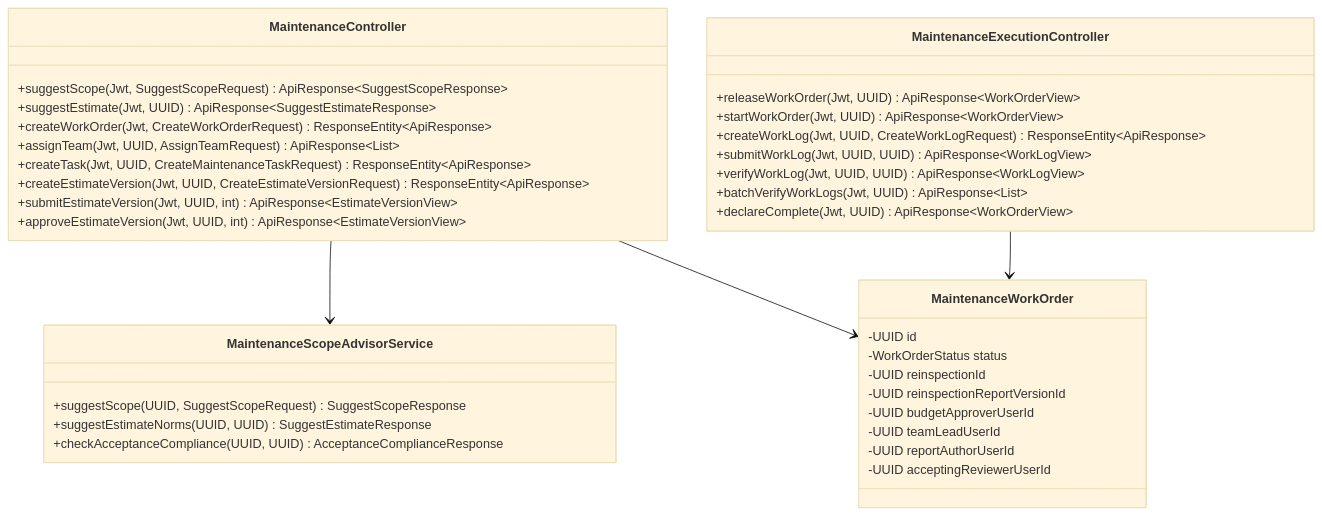
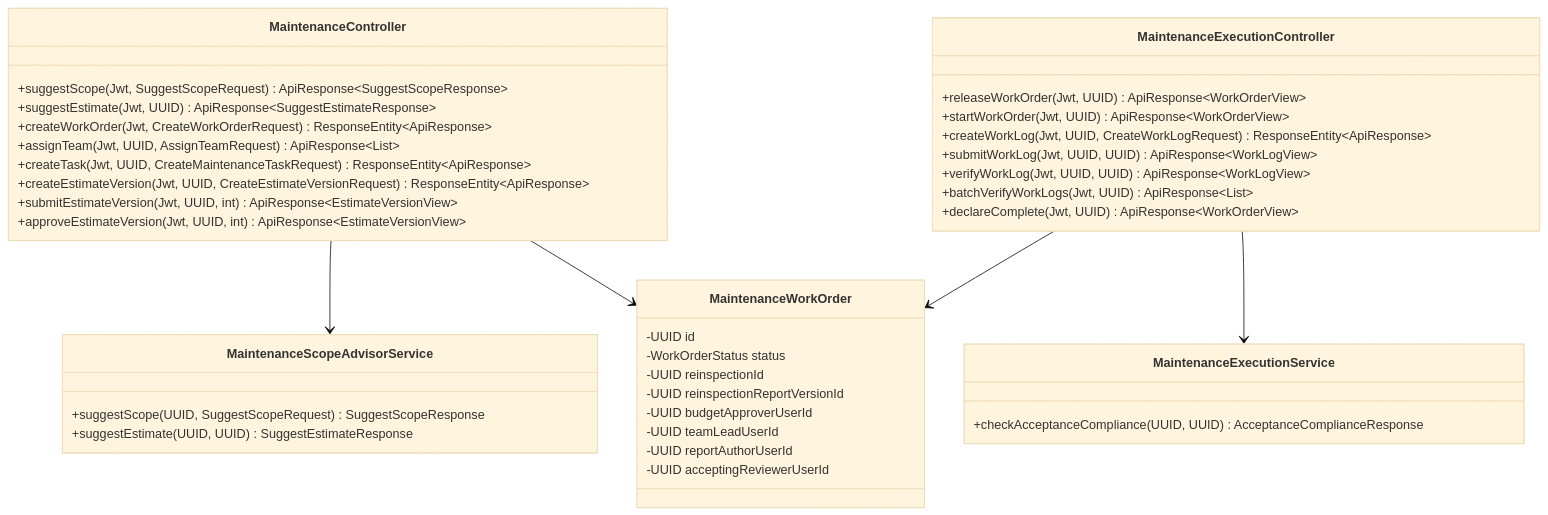
Diagram 19 of 23 in reports/report-4-software-design-document/03-detailed-design.md (tungbach12/SmartDroneInspection-Docs), drawn with Mermaid (base theme) before and after one commit. The commit also changed other lines of this file and 30 other files, not shown here.

````diff
--- a/reports/report-4-software-design-document/03-detailed-design.md
+++ b/reports/report-4-software-design-document/03-detailed-design.md
@@ -796,41 +878,44 @@
 ```mermaid
 %% title: Maintenance Work Order, RAG Advisor and Cost Control Class Diagram
 classDiagram
   class MaintenanceController {
     +suggestScope(Jwt, SuggestScopeRequest) ApiResponse~SuggestScopeResponse~
     +suggestEstimate(Jwt, UUID) ApiResponse~SuggestEstimateResponse~
     +createWorkOrder(Jwt, CreateWorkOrderRequest) ResponseEntity~ApiResponse~
     +assignTeam(Jwt, UUID, AssignTeamRequest) ApiResponse~List~
     +createTask(Jwt, UUID, CreateMaintenanceTaskRequest) ResponseEntity~ApiResponse~
     +createEstimateVersion(Jwt, UUID, CreateEstimateVersionRequest) ResponseEntity~ApiResponse~
     +submitEstimateVersion(Jwt, UUID, int) ApiResponse~EstimateVersionView~
     +approveEstimateVersion(Jwt, UUID, int) ApiResponse~EstimateVersionView~
   }
   class MaintenanceExecutionController {
     +releaseWorkOrder(Jwt, UUID) ApiResponse~WorkOrderView~
     +startWorkOrder(Jwt, UUID) ApiResponse~WorkOrderView~
     +createWorkLog(Jwt, UUID, CreateWorkLogRequest) ResponseEntity~ApiResponse~
     +submitWorkLog(Jwt, UUID, UUID) ApiResponse~WorkLogView~
     +verifyWorkLog(Jwt, UUID, UUID) ApiResponse~WorkLogView~
     +batchVerifyWorkLogs(Jwt, UUID) ApiResponse~List~
     +declareComplete(Jwt, UUID) ApiResponse~WorkOrderView~
   }
   class MaintenanceScopeAdvisorService {
     +suggestScope(UUID, SuggestScopeRequest) SuggestScopeResponse
-    +suggestEstimateNorms(UUID, UUID) SuggestEstimateResponse
+    +suggestEstimate(UUID, UUID) SuggestEstimateResponse
+  }
+  class MaintenanceExecutionService {
     +checkAcceptanceCompliance(UUID, UUID) AcceptanceComplianceResponse
   }
   class MaintenanceWorkOrder {
     -UUID id
     -WorkOrderStatus status
     -UUID reinspectionId
     -UUID reinspectionReportVersionId
     -UUID budgetApproverUserId
     -UUID teamLeadUserId
     -UUID reportAuthorUserId
     -UUID acceptingReviewerUserId
   }
   MaintenanceController --> MaintenanceScopeAdvisorService
+  MaintenanceExecutionController --> MaintenanceExecutionService
   MaintenanceController --> MaintenanceWorkOrder
   MaintenanceExecutionController --> MaintenanceWorkOrder
 ```
````
